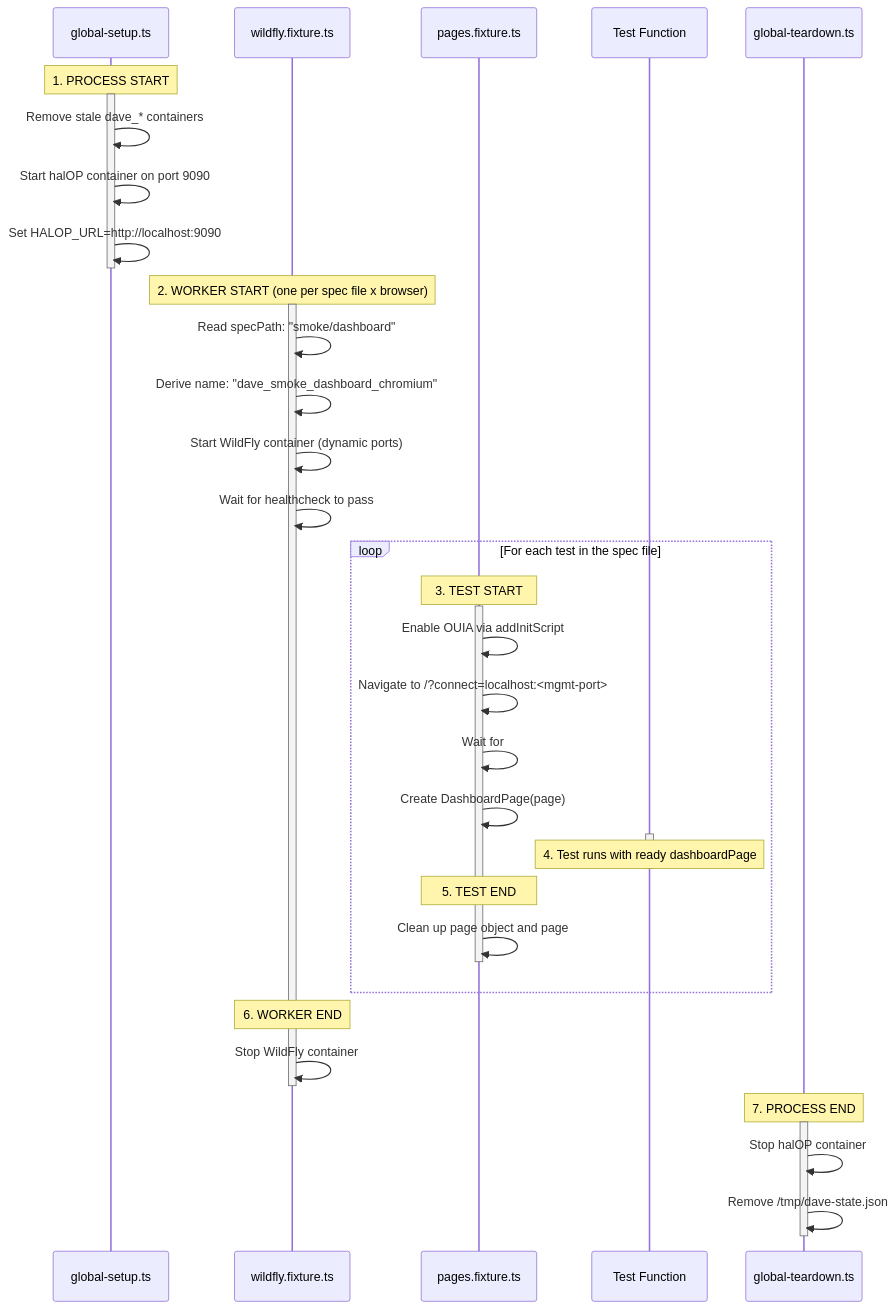
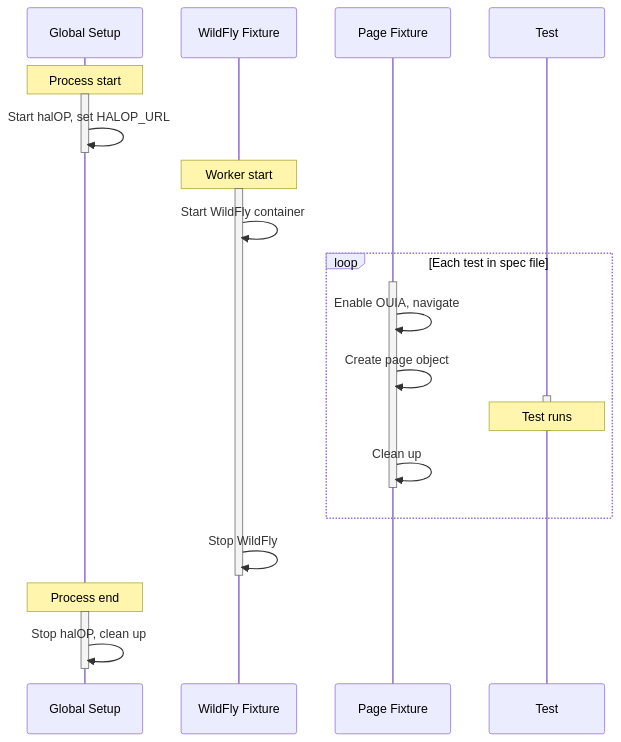
Before and after one commit to hal/dave: the second of 3 diagrams in docs/fixtures.md, drawn with Mermaid. The commit also changed other lines of this file and 4 other files, not shown here.

First line of the commit message:
fix: improve Mermaid diagram readability and styling

````diff
--- a/docs/fixtures.md
+++ b/docs/fixtures.md
@@ -172,49 +172,37 @@
 ```mermaid
 sequenceDiagram
-    participant GS as global-setup.ts
-    participant WF as wildfly.fixture.ts
-    participant PF as pages.fixture.ts
-    participant T as Test Function
-    participant GT as global-teardown.ts
+    participant GS as Global Setup
+    participant WF as WildFly Fixture
+    participant PF as Page Fixture
+    participant T as Test
 
-    Note over GS: 1. PROCESS START
+    Note over GS: Process start
     activate GS
-    GS->>GS: Remove stale dave_* containers
-    GS->>GS: Start halOP container on port 9090
-    GS->>GS: Set HALOP_URL=http://localhost:9090
+    GS->>GS: Start halOP, set HALOP_URL
     deactivate GS
 
-    Note over WF: 2. WORKER START (one per spec file x browser)
+    Note over WF: Worker start
     activate WF
-    WF->>WF: Read specPath: "smoke/dashboard"
-    WF->>WF: Derive name: "dave_smoke_dashboard_chromium"
-    WF->>WF: Start WildFly container (dynamic ports)
-    WF->>WF: Wait for healthcheck to pass
+    WF->>WF: Start WildFly container
 
-    loop For each test in the spec file
-        Note over PF: 3. TEST START
+    loop Each test in spec file
         activate PF
-        PF->>PF: Enable OUIA via addInitScript
-        PF->>PF: Navigate to /?connect=localhost:<mgmt-port>
-        PF->>PF: Wait for #hal-root-container
-        PF->>PF: Create DashboardPage(page)
+        PF->>PF: Enable OUIA, navigate
+        PF->>PF: Create page object
 
         activate T
-        Note over T: 4. Test runs with ready dashboardPage
+        Note over T: Test runs
         deactivate T
 
-        Note over PF: 5. TEST END
-        PF->>PF: Clean up page object and page
+        PF->>PF: Clean up
         deactivate PF
     end
 
-    Note over WF: 6. WORKER END
-    WF->>WF: Stop WildFly container
+    WF->>WF: Stop WildFly
     deactivate WF
 
-    Note over GT: 7. PROCESS END
-    activate GT
-    GT->>GT: Stop halOP container
-    GT->>GT: Remove /tmp/dave-state.json
-    deactivate GT
+    Note over GS: Process end
+    activate GS
+    GS->>GS: Stop halOP, clean up
+    deactivate GS
 ```
````
